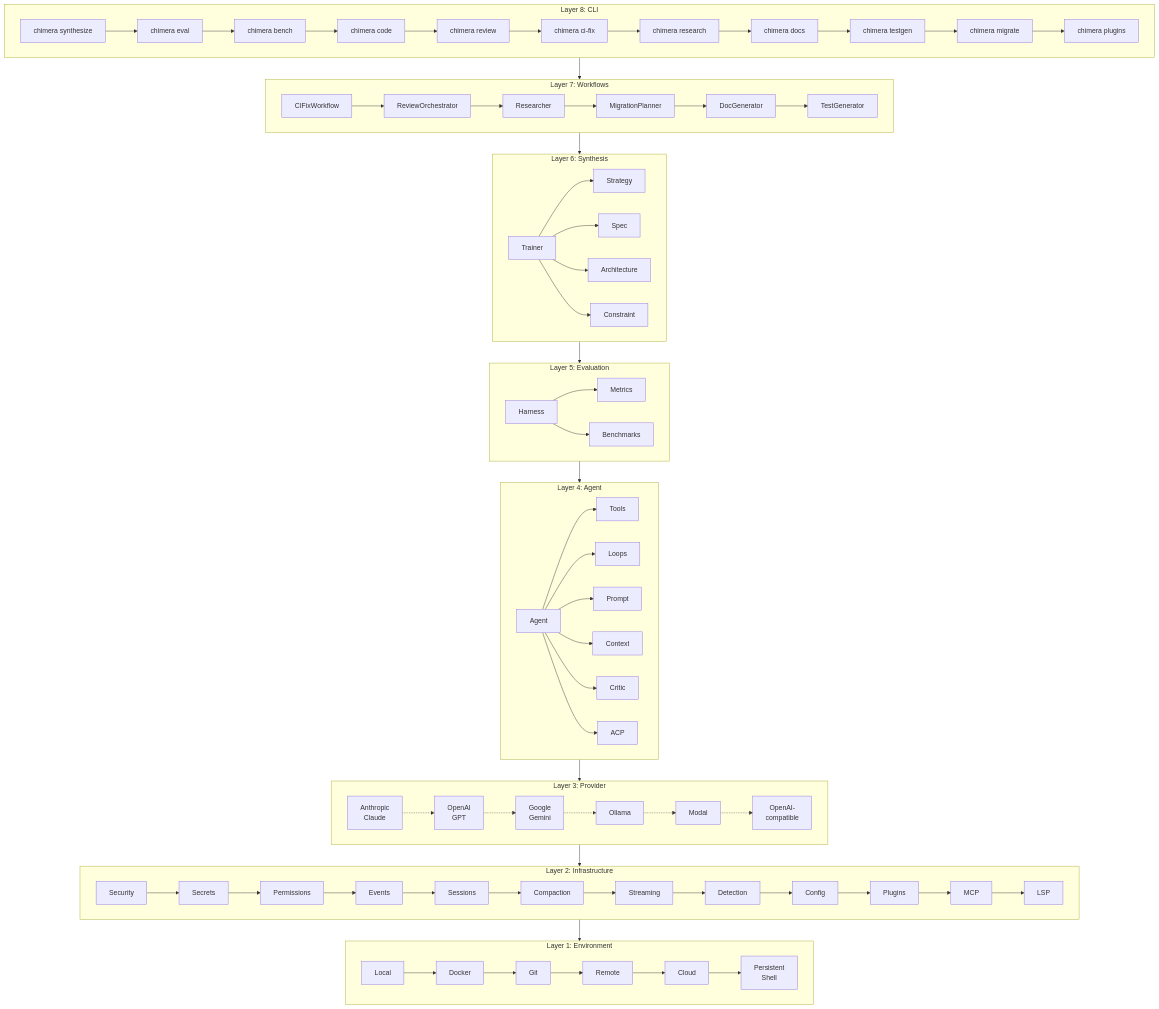
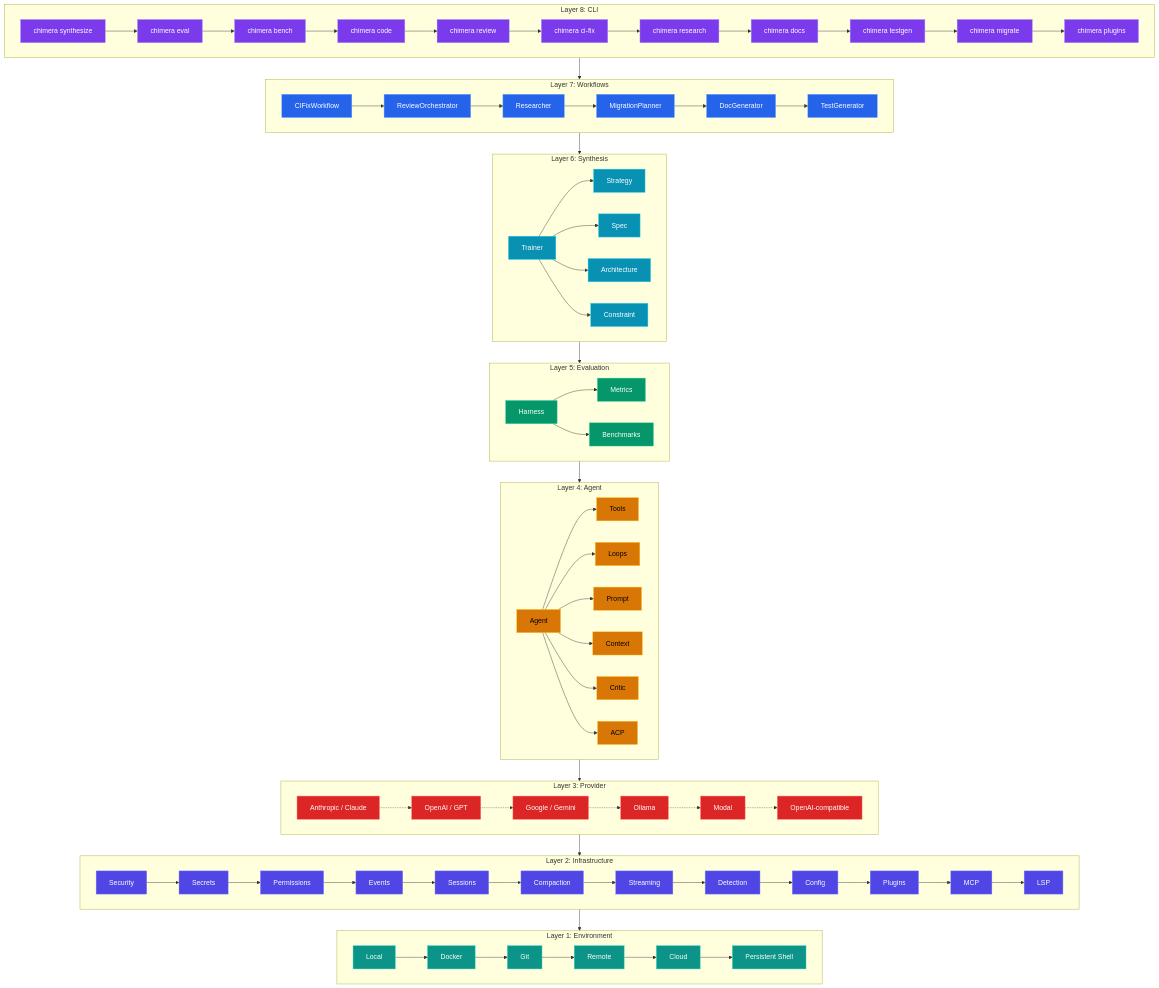
Before and after one commit to 0bserver07/chimera: the first of 4 diagrams in site/src/content/docs/architecture.md, drawn with Mermaid. The commit also changed other lines of this file and 45 other files, not shown here.

First line of the commit message:
docs: fix docs site — mermaid rendering, dark colors, broken links, model names

````diff
--- a/site/src/content/docs/architecture.md
+++ b/site/src/content/docs/architecture.md
@@ -92,12 +92,12 @@
 
     subgraph Layer3["Layer 3: Provider"]
         direction LR
-        Anthropic["Anthropic<br/>Claude"]
-        OpenAI["OpenAI<br/>GPT"]
-        Google["Google<br/>Gemini"]
+        Anthropic["Anthropic / Claude"]
+        OpenAI["OpenAI / GPT"]
+        Google["Google / Gemini"]
         Ollama["Ollama"]
         Modal["Modal"]
-        Compatible["OpenAI-<br/>compatible"]
+        Compatible["OpenAI-compatible"]
         Anthropic -.-> OpenAI
         OpenAI -.-> Google
         Google -.-> Ollama
@@ -139,7 +139,7 @@
         Git["Git"]
         Remote["Remote"]
         Cloud["Cloud"]
-        Shell["Persistent<br/>Shell"]
+        Shell["Persistent Shell"]
         Local --> Docker
         Docker --> Git
         Git --> Remote
@@ -154,4 +154,22 @@
     Layer4 --> Layer3
     Layer3 --> Layer2
     Layer2 --> Layer1
+
+    classDef layer8 fill:#7c3aed,stroke:#a78bfa,color:#fff
+    classDef layer7 fill:#2563eb,stroke:#60a5fa,color:#fff
+    classDef layer6 fill:#0891b2,stroke:#22d3ee,color:#fff
+    classDef layer5 fill:#059669,stroke:#34d399,color:#fff
+    classDef layer4 fill:#d97706,stroke:#fbbf24,color:#000
+    classDef layer3 fill:#dc2626,stroke:#f87171,color:#fff
+    classDef layer2 fill:#4f46e5,stroke:#818cf8,color:#fff
+    classDef layer1 fill:#0d9488,stroke:#2dd4bf,color:#fff
+
+    class CLI1,CLI2,CLI3,CLI4,CLI5,CLI6,CLI7,CLI8,CLI9,CLI10,CLI11 layer8
+    class CIFix,Review,Research,Migration,DocGen,TestGen layer7
+    class Trainer,Strategy,Spec,Architecture,Constraint layer6
+    class Harness,Metrics,Benchmarks layer5
+    class Agent,Tools,Loops,Prompt,Context,Critic,ACP layer4
+    class Anthropic,OpenAI,Google,Ollama,Modal,Compatible layer3
+    class Security,Secrets,Permissions,Events,Sessions,Compaction,Streaming,Detection,Config,PluginsInfra,MCPInfra,LSPInfra layer2
+    class Local,Docker,Git,Remote,Cloud,Shell layer1
 ```
````
